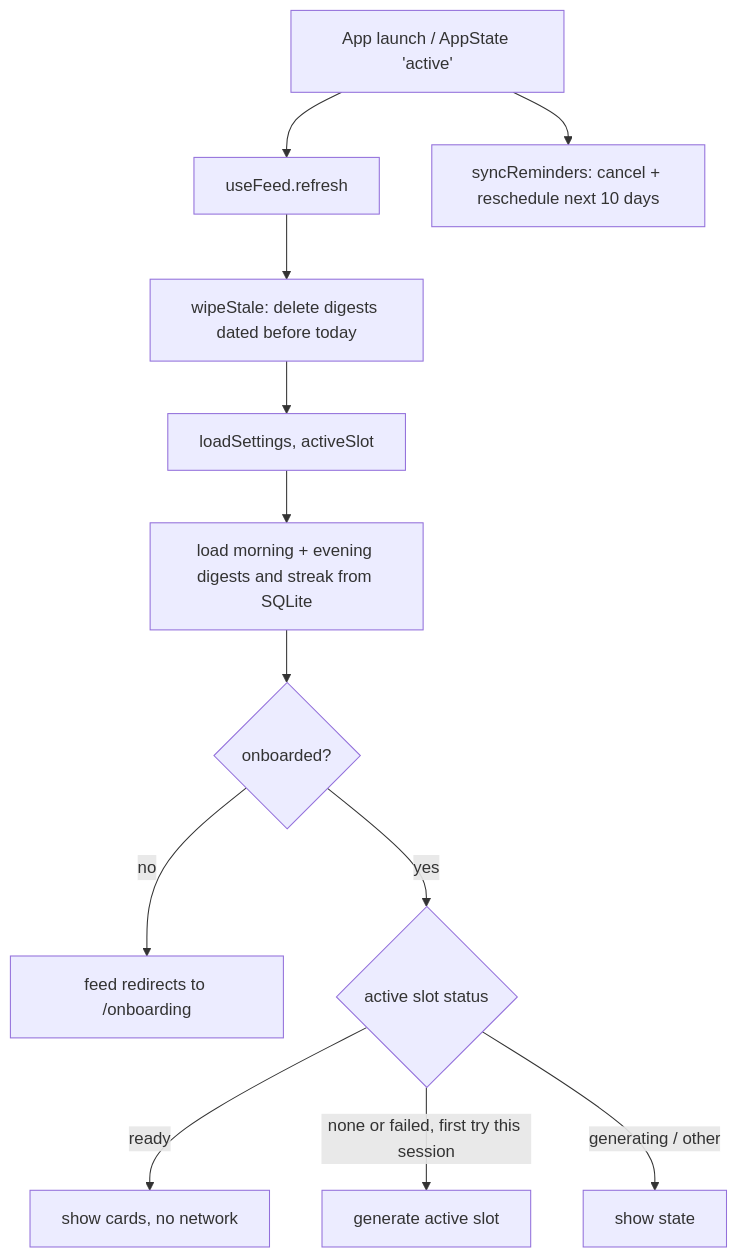
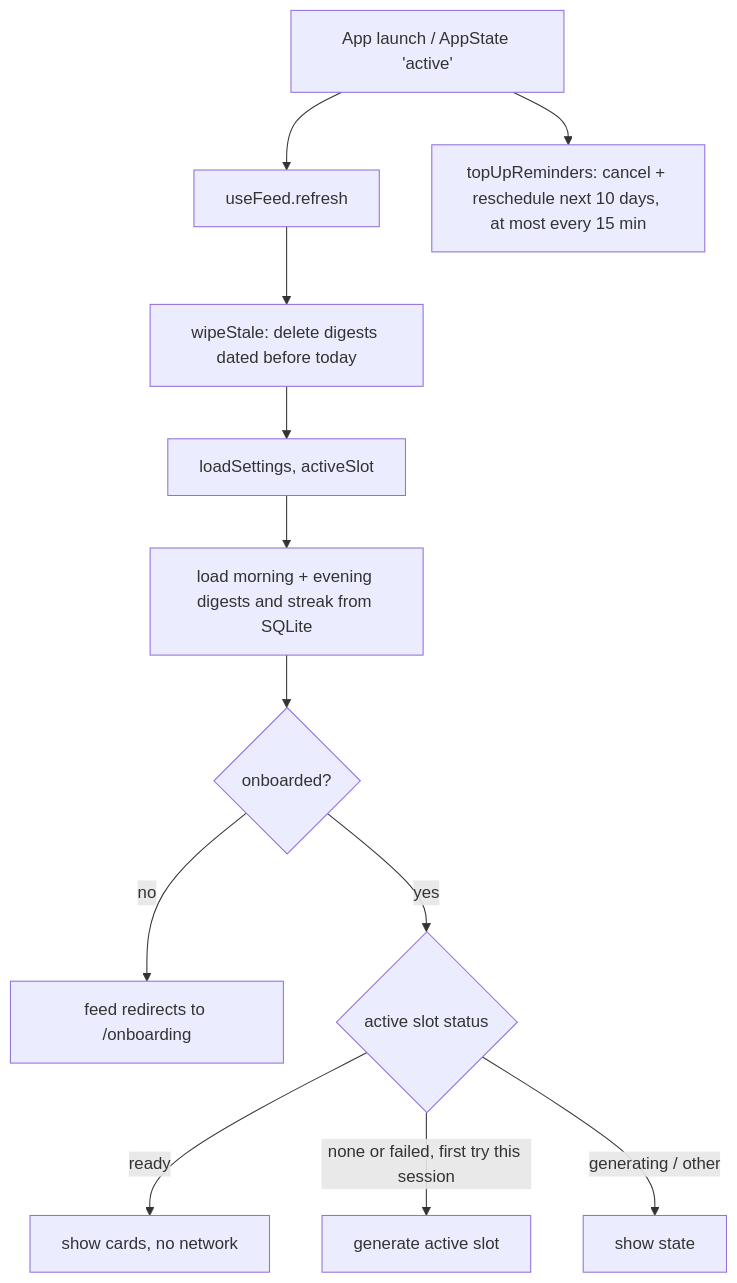
One commit to femiayodeji/owiwi changed the diagram in docs/architecture.md. Above: the diagram before and after it, drawn with Mermaid. The commit also changed other lines of this file and 9 other files, not shown here.

````diff
--- a/docs/architecture.md
+++ b/docs/architecture.md
@@ -37,14 +37,14 @@
 ```mermaid
 flowchart TD
   A[App launch / AppState 'active'] --> B[useFeed.refresh]
   B --> C["wipeStale: delete digests dated before today"]
   C --> D[loadSettings, activeSlot]
   D --> E[load morning + evening digests and streak from SQLite]
   E --> F{onboarded?}
   F -- no --> G[feed redirects to /onboarding]
   F -- yes --> H{active slot status}
   H -- ready --> I[show cards, no network]
   H -- none or failed, first try this session --> J[generate active slot]
   H -- generating / other --> K[show state]
-  A --> L[syncReminders: cancel + reschedule next 10 days]
+  A --> L[topUpReminders: cancel + reschedule next 10 days, at most every 15 min]
 ```
````
